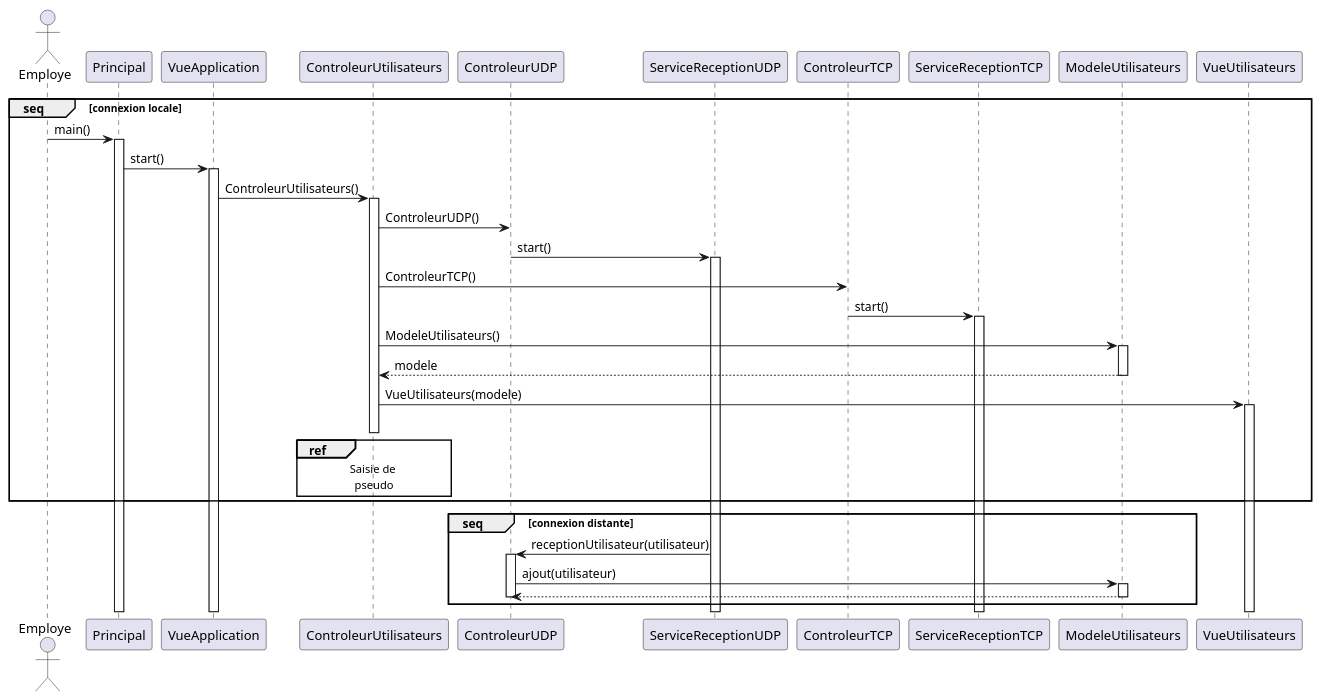
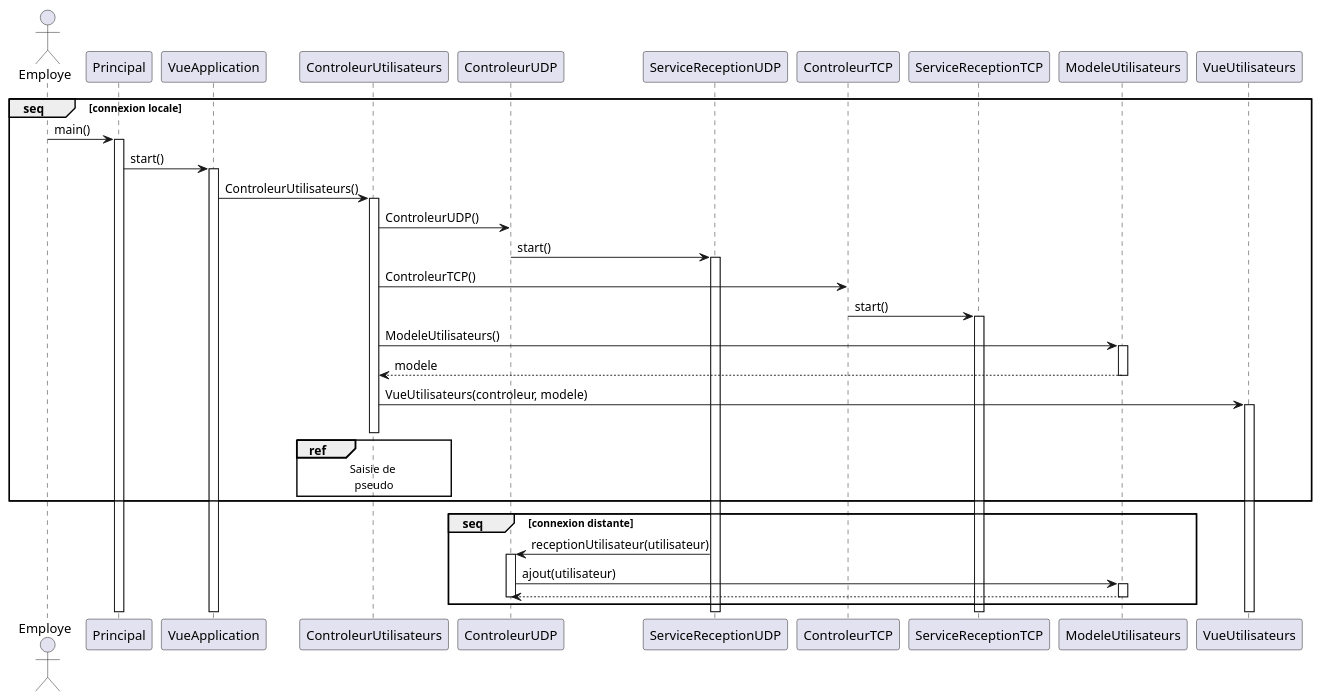
Before and after one commit to arc-hugo/clavardage_uml: the diagram in sequence/connexion.wsd, drawn with PlantUML. The commit also changed 3 other files, not shown here.

```diff
--- a/sequence/connexion.wsd
+++ b/sequence/connexion.wsd
@@ -1,37 +1,37 @@
 @startuml Connexion
 actor Employe
 group seq [connexion locale]
     Employe -> Principal : main()
     activate Principal
     Principal -> VueApplication : start()
     activate VueApplication 
     VueApplication -> ControleurUtilisateurs : ControleurUtilisateurs()
     activate ControleurUtilisateurs
     ControleurUtilisateurs -> ControleurUDP : ControleurUDP()
     ControleurUDP -> ServiceReceptionUDP : start()
     activate ServiceReceptionUDP
     ControleurUtilisateurs -> ControleurTCP : ControleurTCP()
     ControleurTCP -> ServiceReceptionTCP : start()
     activate ServiceReceptionTCP
     ControleurUtilisateurs -> ModeleUtilisateurs : ModeleUtilisateurs()
     activate ModeleUtilisateurs
     ModeleUtilisateurs --> ControleurUtilisateurs : modele
     deactivate ModeleUtilisateurs
-    ControleurUtilisateurs -> VueUtilisateurs : VueUtilisateurs(modele)
+    ControleurUtilisateurs -> VueUtilisateurs : VueUtilisateurs(controleur, modele)
     activate VueUtilisateurs
     ref over ControleurUtilisateurs
         Saisie de 
         pseudo
     end ref
     deactivate ControleurUtilisateurs
 end
 group seq [connexion distante]
     ServiceReceptionUDP -> ControleurUDP : receptionUtilisateur(utilisateur)
     activate ControleurUDP
     ControleurUDP -> ModeleUtilisateurs : ajout(utilisateur)
     activate ModeleUtilisateurs
     ModeleUtilisateurs --> ControleurUDP
     deactivate ModeleUtilisateurs
     deactivate ControleurUDP
 end
 @enduml
```
